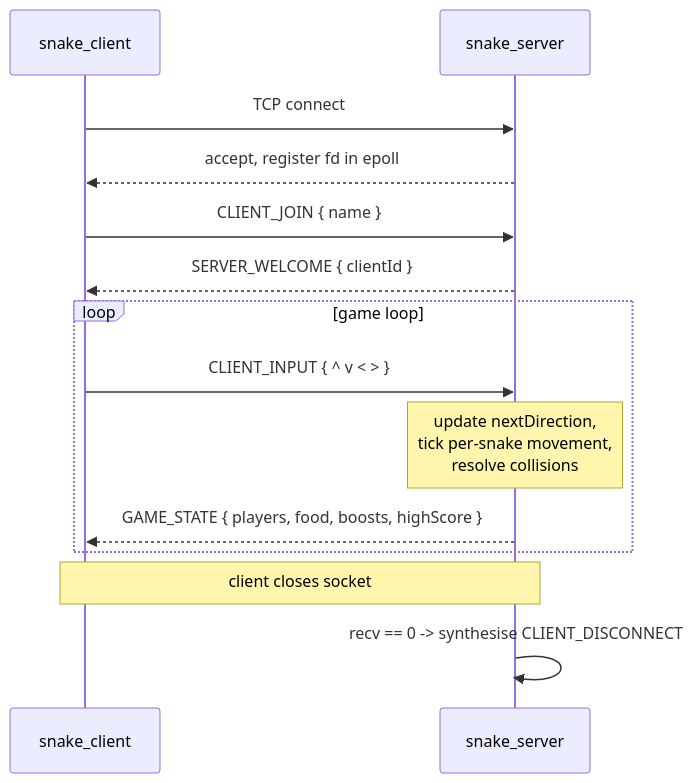
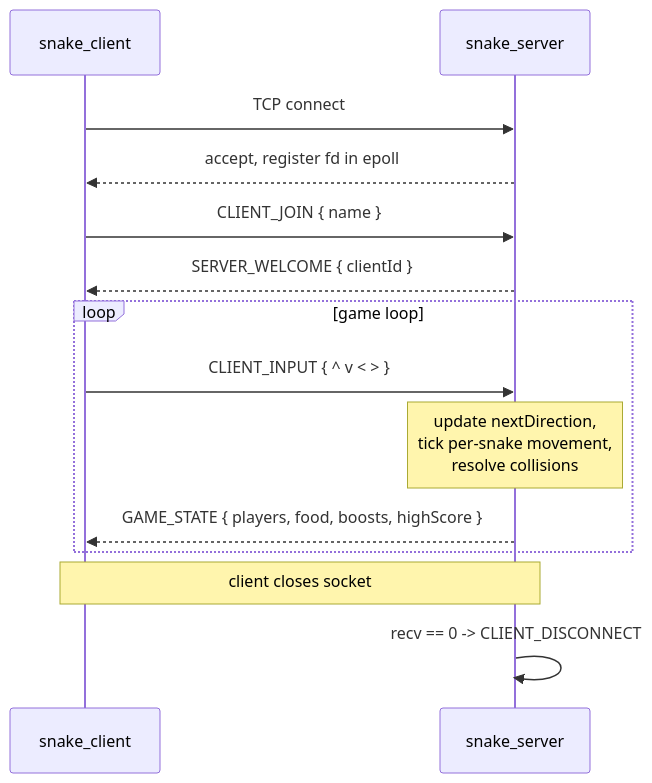
One commit to alexpearson340/SnakeMultiplayer changed the diagram in README.md. Above: the diagram before and after it, drawn with Mermaid. The commit also changed other lines of this file and 2 other files, not shown here.

````diff
--- a/README.md
+++ b/README.md
@@ -34,19 +33,19 @@
 ```mermaid
 sequenceDiagram
     participant C as snake_client
     participant S as snake_server
 
     C->>S: TCP connect
     S-->>C: accept, register fd in epoll
     C->>S: CLIENT_JOIN { name }
     S-->>C: SERVER_WELCOME { clientId }
 
     loop game loop
         C->>S: CLIENT_INPUT { ^ v < > }
         Note over S: update nextDirection,<br/>tick per-snake movement,<br/>resolve collisions
         S-->>C: GAME_STATE { players, food, boosts, highScore }
     end
 
     Note over C,S: client closes socket
-    S->>S: recv == 0 -> synthesise CLIENT_DISCONNECT
+    S->>S: recv == 0 -> CLIENT_DISCONNECT
 ```
````
